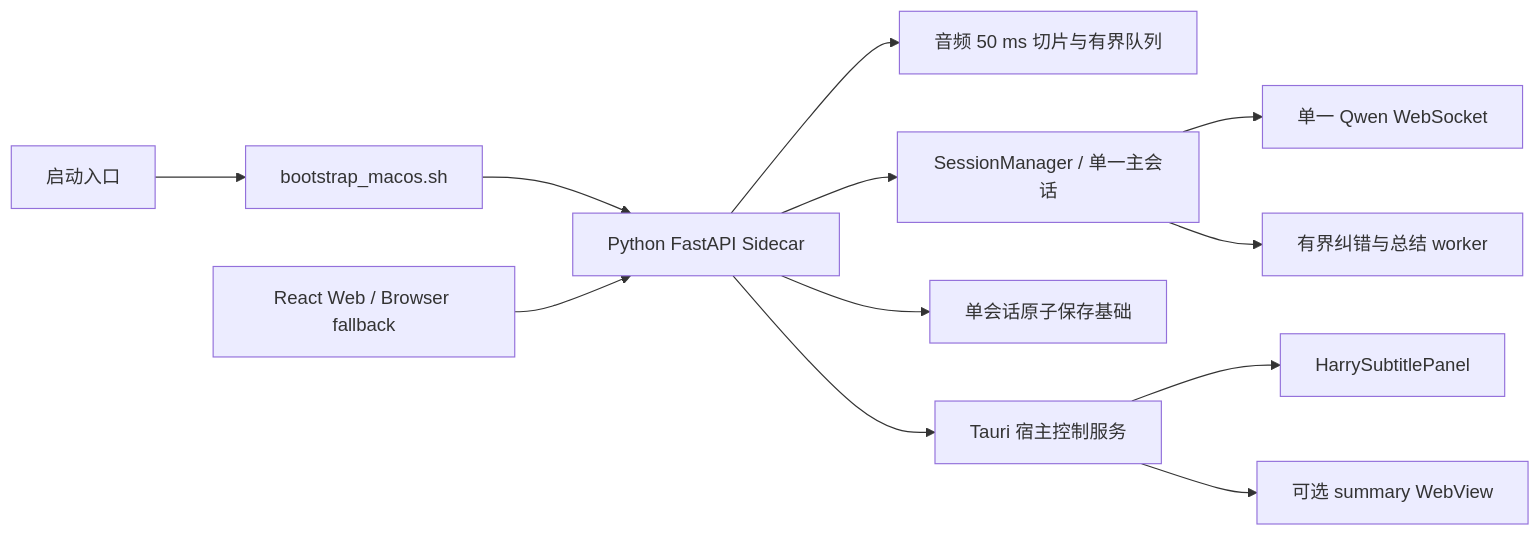
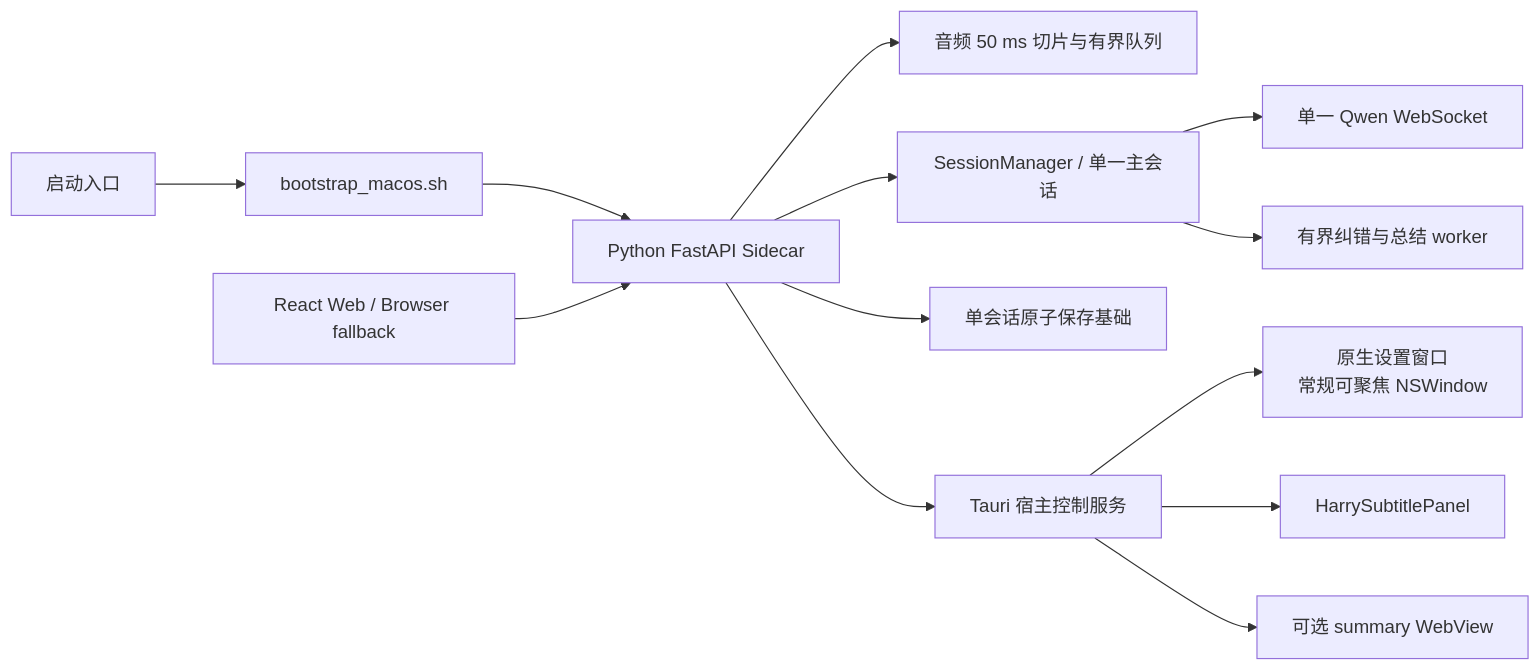
The diagram in TECHNICAL_ARCHITECTURE.md (xiaokunshi5-lang/harry-translate-v2-mac), drawn with Mermaid before and after one commit. The commit also changed other lines of this file and 46 other files, not shown here.

````diff
--- a/TECHNICAL_ARCHITECTURE.md
+++ b/TECHNICAL_ARCHITECTURE.md
@@ -25,14 +25,15 @@
 ```mermaid
 flowchart LR
     Entry["启动入口"] --> Bootstrap["bootstrap_macos.sh"]
     Bootstrap --> Sidecar["Python FastAPI Sidecar"]
     Sidecar --> Audio["音频 50 ms 切片与有界队列"]
     Sidecar --> Session["SessionManager / 单一主会话"]
     Session --> Qwen["单一 Qwen WebSocket"]
     Session --> Bypass["有界纠错与总结 worker"]
     Sidecar --> Persist["单会话原子保存基础"]
     Sidecar --> Native["Tauri 宿主控制服务"]
+    Native --> Settings["原生设置窗口<br/>常规可聚焦 NSWindow"]
     Native --> Overlay["HarrySubtitlePanel"]
     Native --> Summary["可选 summary WebView"]
     Browser["React Web / Browser fallback"] --> Sidecar
 ```
````
